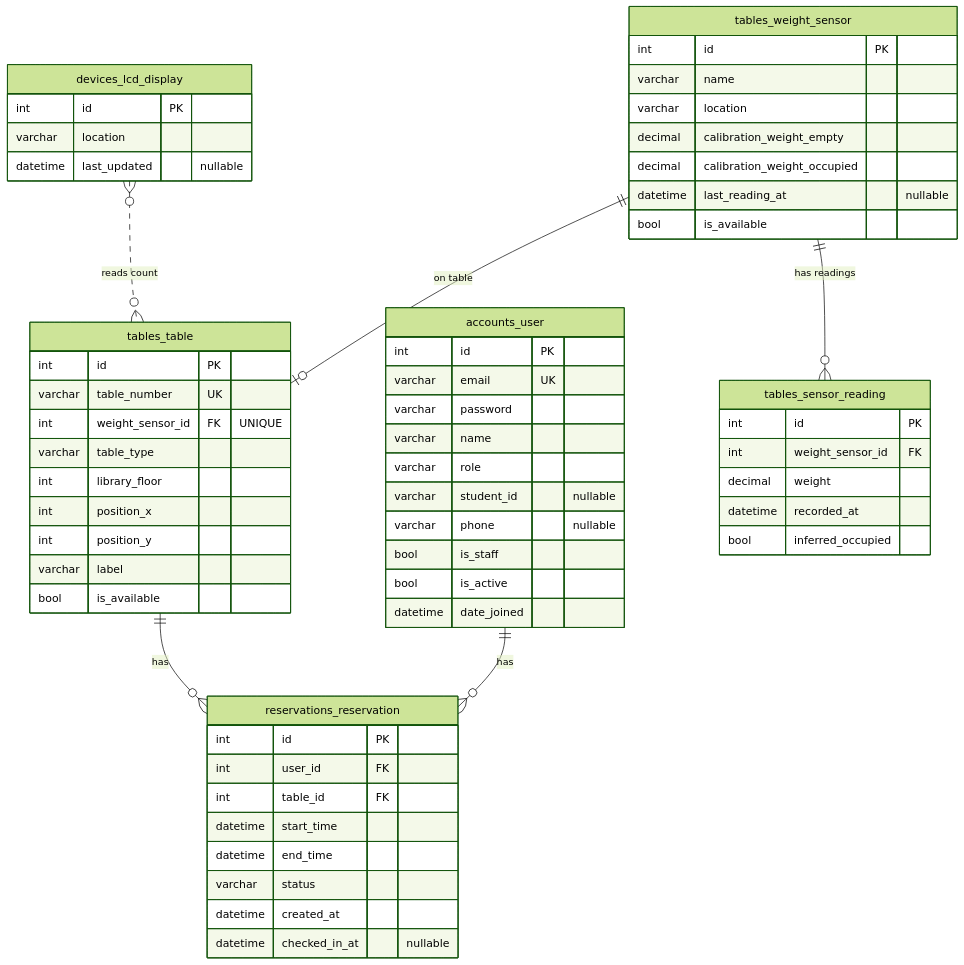
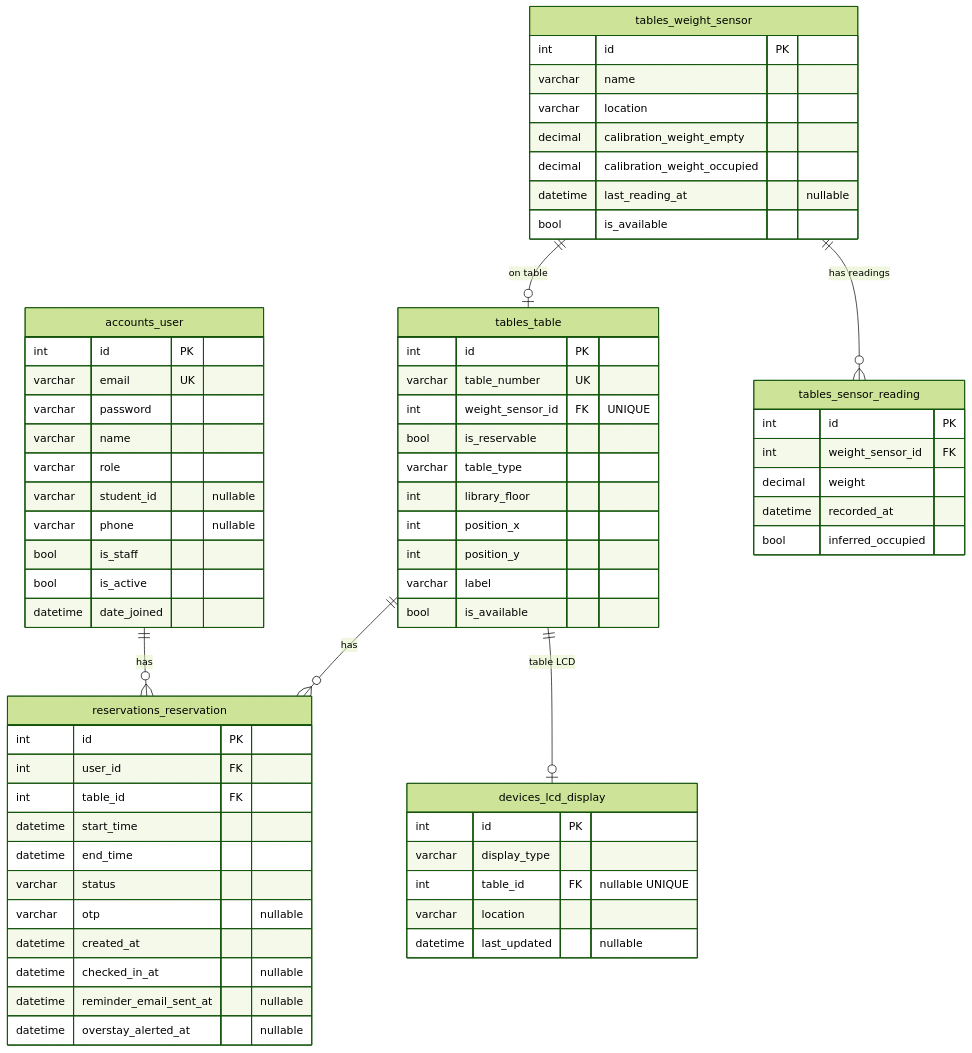
The first of 2 diagrams in docs/ERD.md (LinThitHtwe/Capstone_backend), drawn with Mermaid (forest theme) before and after one commit. The commit also changed other lines of this file, not shown here.

````diff
--- a/docs/ERD.md
+++ b/docs/ERD.md
@@ -7,68 +9,74 @@
 ```mermaid
 erDiagram
     accounts_user ||--o{ reservations_reservation : "has"
     tables_table ||--o{ reservations_reservation : "has"
+    tables_table ||--o| devices_lcd_display : "table LCD"
     tables_weight_sensor ||--o| tables_table : "on table"
     tables_weight_sensor ||--o{ tables_sensor_reading : "has readings"
-    devices_lcd_display }o..o{ tables_table : "reads count"
 
     accounts_user {
         int id PK
         varchar email UK
         varchar password
         varchar name
         varchar role
         varchar student_id "nullable"
         varchar phone "nullable"
         bool is_staff
         bool is_active
         datetime date_joined
     }
 
     tables_weight_sensor {
         int id PK
         varchar name
         varchar location
         decimal calibration_weight_empty
         decimal calibration_weight_occupied
         datetime last_reading_at "nullable"
         bool is_available
     }
 
     tables_sensor_reading {
         int id PK
         int weight_sensor_id FK
         decimal weight
         datetime recorded_at
         bool inferred_occupied
     }
 
     tables_table {
         int id PK
         varchar table_number UK
         int weight_sensor_id FK "UNIQUE"
+        bool is_reservable
         varchar table_type
         int library_floor
         int position_x
         int position_y
         varchar label
         bool is_available
     }
 
     reservations_reservation {
         int id PK
         int user_id FK
         int table_id FK
         datetime start_time
         datetime end_time
         varchar status
+        varchar otp "nullable"
         datetime created_at
         datetime checked_in_at "nullable"
+        datetime reminder_email_sent_at "nullable"
+        datetime overstay_alerted_at "nullable"
     }
 
     devices_lcd_display {
         int id PK
+        varchar display_type
+        int table_id FK "nullable UNIQUE"
         varchar location
         datetime last_updated "nullable"
     }
 ```
````
